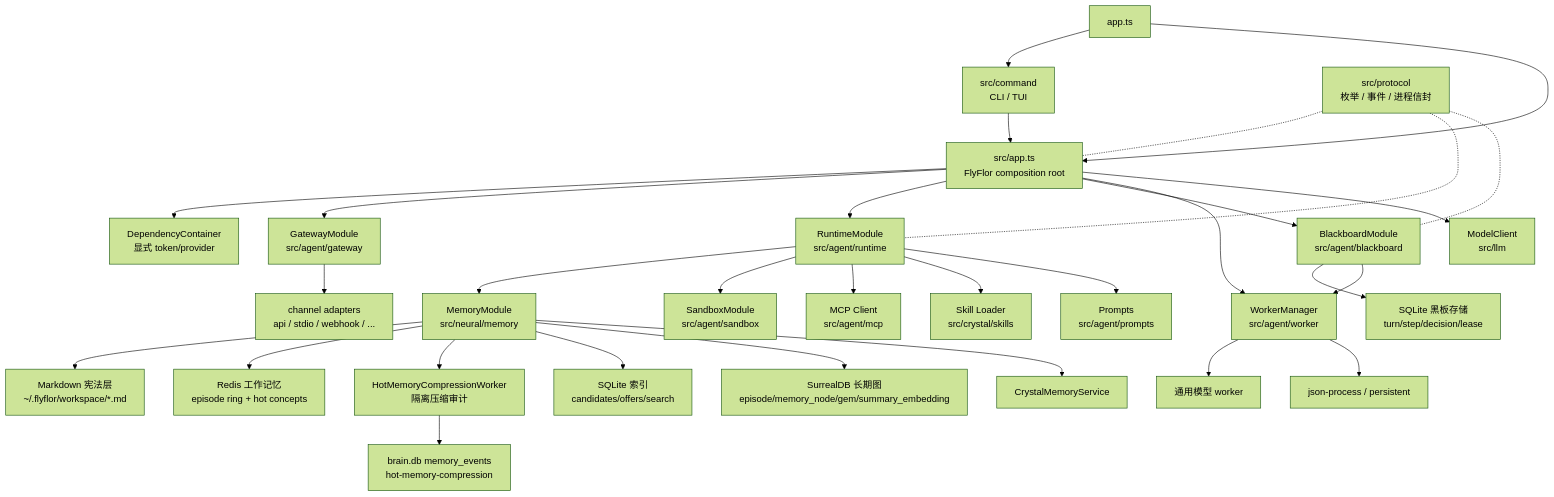
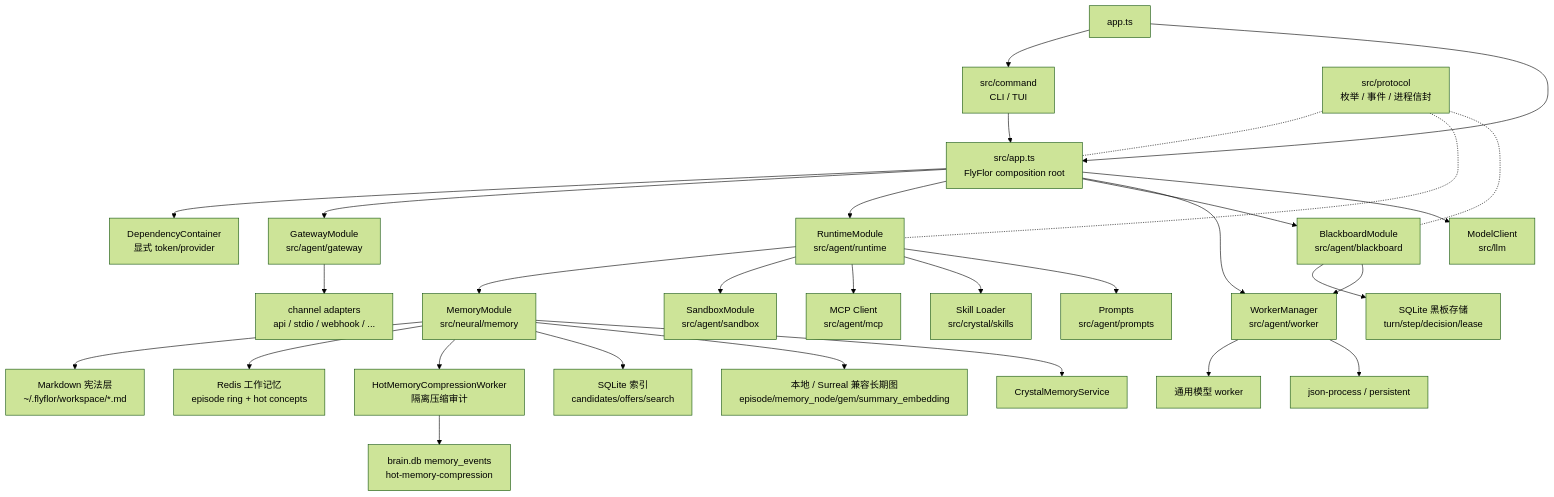
One commit to flyflor/flyflor changed the first of 3 diagrams in docs/architecture.md. Above: the diagram before and after it, drawn with Mermaid (forest theme). The commit also changed other lines of this file and 71 other files, not shown here.

````diff
--- a/docs/architecture.md
+++ b/docs/architecture.md
@@ -26,38 +26,38 @@
 ```mermaid
 flowchart TB
     Entry["app.ts"] --> Command["src/command<br/>CLI / TUI"]
     Entry --> AppRoot["src/app.ts<br/>FlyFlor composition root"]
     Command --> AppRoot
     AppRoot --> Container["DependencyContainer<br/>显式 token/provider"]
 
     AppRoot --> Gateway["GatewayModule<br/>src/agent/gateway"]
     AppRoot --> Runtime["RuntimeModule<br/>src/agent/runtime"]
     AppRoot --> Blackboard["BlackboardModule<br/>src/agent/blackboard"]
     AppRoot --> Workers["WorkerManager<br/>src/agent/worker"]
     AppRoot --> Model["ModelClient<br/>src/llm"]
 
     Runtime --> Memory["MemoryModule<br/>src/neural/memory"]
     Runtime --> Sandbox["SandboxModule<br/>src/agent/sandbox"]
     Runtime --> MCP["MCP Client<br/>src/agent/mcp"]
     Runtime --> Skills["Skill Loader<br/>src/crystal/skills"]
     Runtime --> Prompts["Prompts<br/>src/agent/prompts"]
 
     Memory --> Markdown["Markdown 宪法层<br/>~/.flyflor/workspace/*.md"]
     Memory --> Redis["Redis 工作记忆<br/>episode ring + hot concepts"]
     Memory --> HotCompression["HotMemoryCompressionWorker<br/>隔离压缩审计"]
     Memory --> SQLite["SQLite 索引<br/>candidates/offers/search"]
-    Memory --> Surreal["SurrealDB 长期图<br/>episode/memory_node/gem/summary_embedding"]
+    Memory --> Graph["本地 / Surreal 兼容长期图<br/>episode/memory_node/gem/summary_embedding"]
     Memory --> Crystal["CrystalMemoryService"]
     HotCompression --> SQLiteBrain["brain.db memory_events<br/>hot-memory-compression"]
 
     Blackboard --> BlackboardSqlite["SQLite 黑板存储<br/>turn/step/decision/lease"]
     Blackboard --> Workers
     Workers --> ModelWorker["通用模型 worker"]
     Workers --> JsonProcess["json-process / persistent"]
 
     Gateway --> Channels["channel adapters<br/>api / stdio / webhook / ..."]
 
     Protocol["src/protocol<br/>枚举 / 事件 / 进程信封"] -.- AppRoot
     Protocol -.- Runtime
     Protocol -.- Blackboard
 ```
````
